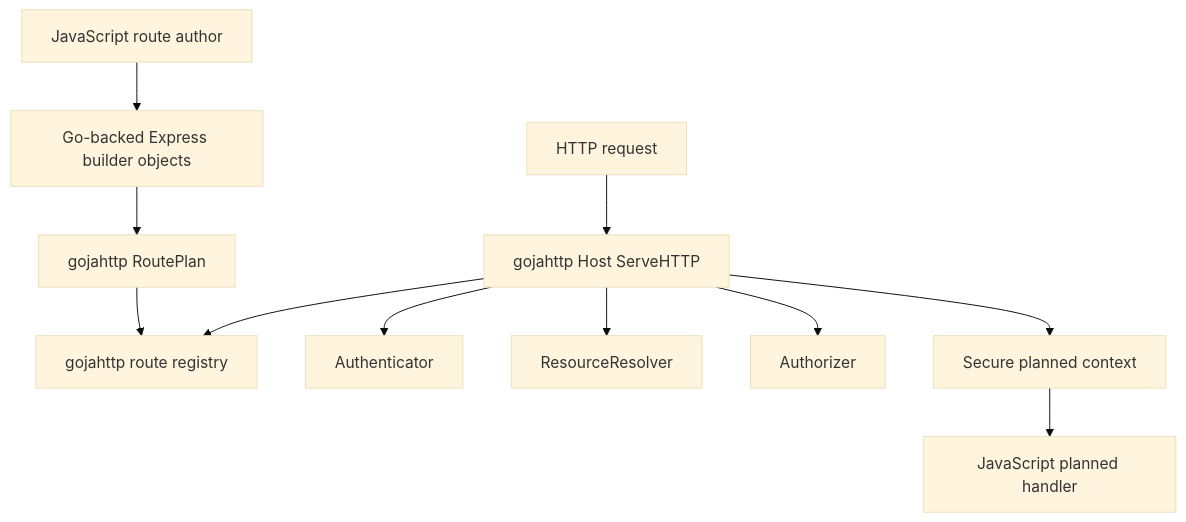
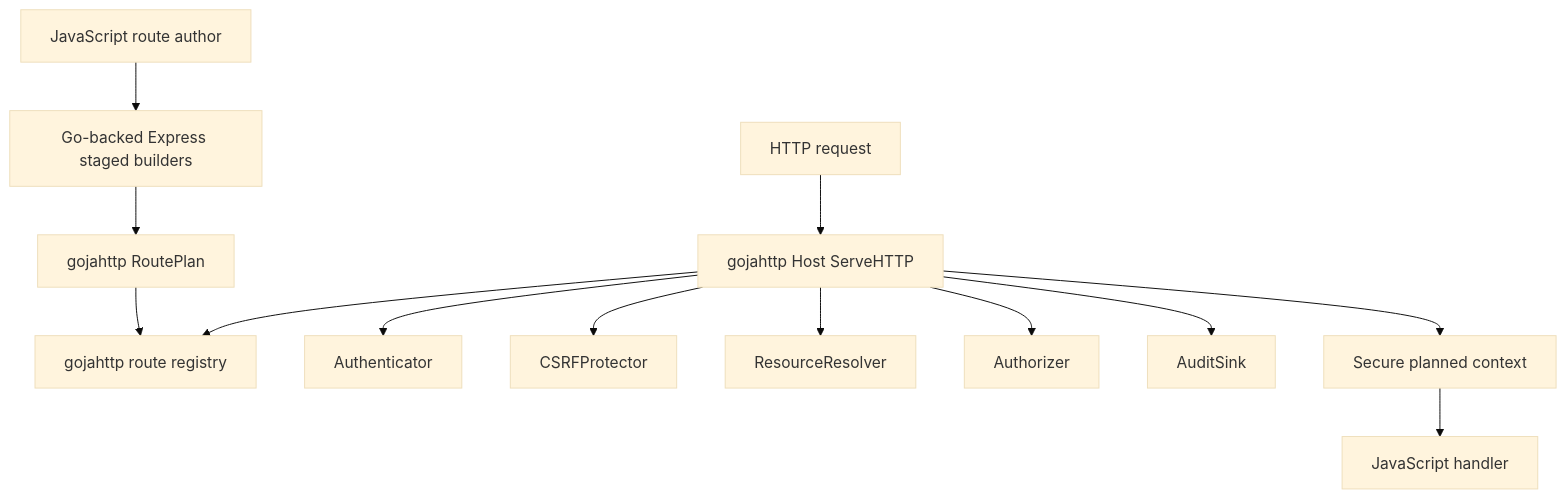
One commit to go-go-golems/go-go-parc changed the first of 2 diagrams in Projects/2026/06/12/ARTICLE - go-go-goja Express Auth - Go Backed Fluent Route Plans.md. Above: the diagram before and after it, drawn with Mermaid (base theme). The commit also changed other lines of this file, not shown here.

Commit message:
Wrap up go-go-goja Express auth article

````diff
--- a/Projects/2026/06/12/ARTICLE - go-go-goja Express Auth - Go Backed Fluent Route Plans.md
+++ b/Projects/2026/06/12/ARTICLE - go-go-goja Express Auth - Go Backed Fluent Route Plans.md
@@ -122,13 +116,15 @@
 ```mermaid
 flowchart TD
-  JS[JavaScript route author] --> Builder[Go-backed Express builder objects]
+  JS[JavaScript route author] --> Builder[Go-backed Express staged builders]
   Builder --> Plan[gojahttp RoutePlan]
   Plan --> Registry[gojahttp route registry]
   Request[HTTP request] --> Host[gojahttp Host ServeHTTP]
   Host --> Registry
   Host --> Auth[Authenticator]
+  Host --> CSRF[CSRFProtector]
   Host --> Resolver[ResourceResolver]
   Host --> Policy[Authorizer]
+  Host --> Audit[AuditSink]
   Host --> Context[Secure planned context]
-  Context --> Handler[JavaScript planned handler]
+  Context --> Handler[JavaScript handler]
 ```
````
